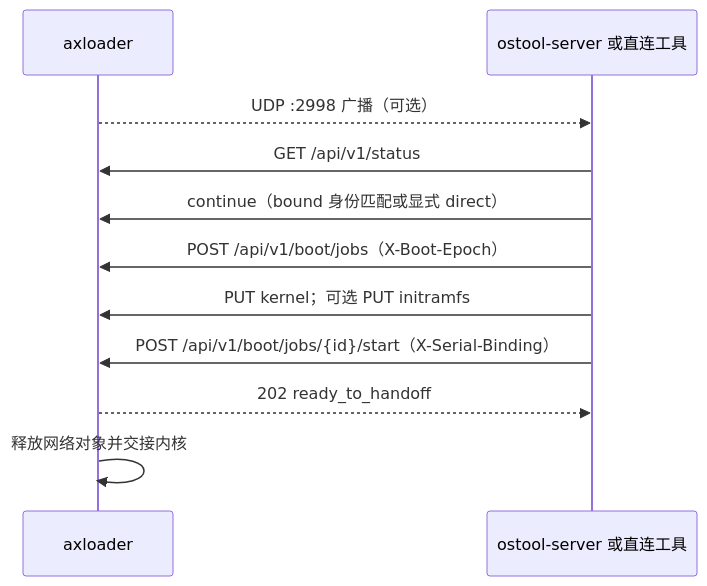
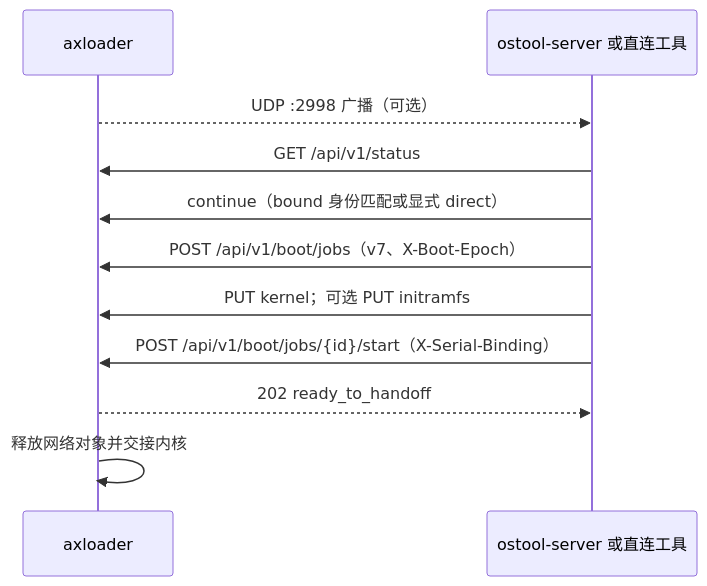
Before and after one commit to drivercraft/ostool: the diagram in docs/axloader-network-control.md, drawn with Mermaid. The commit also changed other lines of this file and 44 other files, not shown here.

First line of the commit message:
feat(httpboot): adopt architecture-agnostic device protocol v7 (#218)

````diff
--- a/docs/axloader-network-control.md
+++ b/docs/axloader-network-control.md
@@ -52,13 +53,13 @@
 ```mermaid
 sequenceDiagram
     participant L as axloader
     participant S as ostool-server 或直连工具
     L-->>S: UDP :2998 广播（可选）
     S->>L: GET /api/v1/status
     S->>L: continue（bound 身份匹配或显式 direct）
-    S->>L: POST /api/v1/boot/jobs（X-Boot-Epoch）
+    S->>L: POST /api/v1/boot/jobs（v7、X-Boot-Epoch）
     S->>L: PUT kernel；可选 PUT initramfs
     S->>L: POST /api/v1/boot/jobs/{id}/start（X-Serial-Binding）
     L-->>S: 202 ready_to_handoff
     L->>L: 释放网络对象并交接内核
 ```
````
